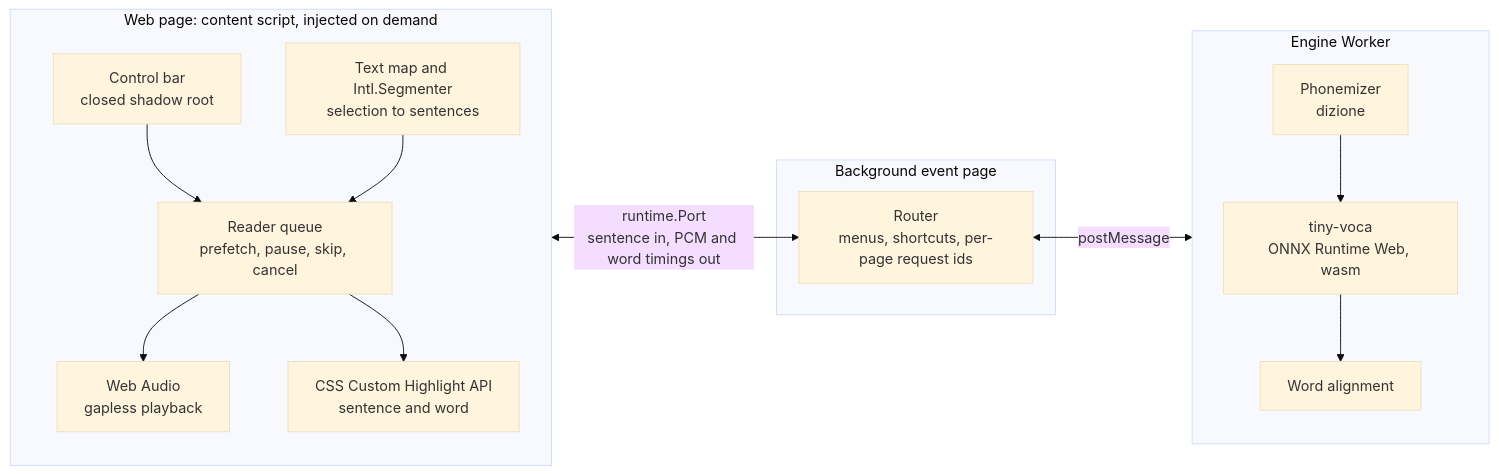
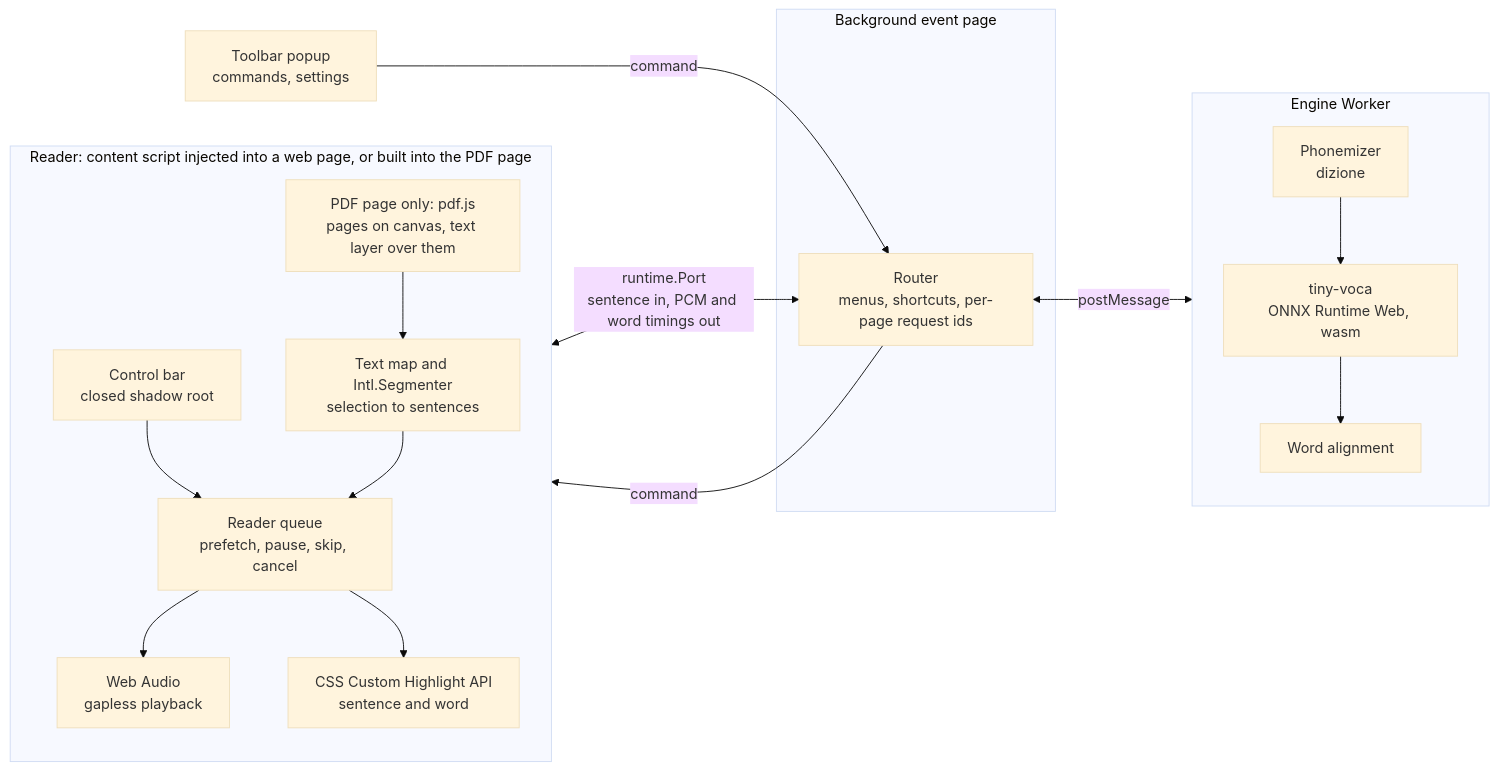
Before and after one commit to GitThisJoel/tiny-reader: the diagram in README.md, drawn with Mermaid (base theme). The commit also changed other lines of this file, not shown here.

Commit message:
docs: show the PDF page and the popup in the architecture

````diff
--- a/README.md
+++ b/README.md
@@ -179,30 +179,36 @@
 ```mermaid
 flowchart LR
-  subgraph page["Web page: content script, injected on demand"]
+  subgraph page["Reader: content script injected into a web page, or built into the PDF page"]
     direction TB
+    pdf["PDF page only: pdf.js<br/>pages on canvas, text layer over them"]
     bar["Control bar<br/>closed shadow root"]
     text["Text map and Intl.Segmenter<br/>selection to sentences"]
+    pdf --> text
     reader["Reader queue<br/>prefetch, pause, skip, cancel"]
     audio["Web Audio<br/>gapless playback"]
     marks["CSS Custom Highlight API<br/>sentence and word"]
     bar --> reader
     text --> reader
     reader --> audio
     reader --> marks
   end
 
   subgraph background["Background event page"]
     router["Router<br/>menus, shortcuts, per-page request ids"]
   end
 
+  popup["Toolbar popup<br/>commands, settings"]
+
   subgraph worker["Engine Worker"]
     direction TB
     phonemizer["Phonemizer<br/>dizione"]
     model["tiny-voca<br/>ONNX Runtime Web, wasm"]
     align["Word alignment"]
     phonemizer --> model --> align
   end
 
   reader <-->|"runtime.Port<br/>sentence in, PCM and word timings out"| router
   router <-->|"postMessage"| worker
+  popup -->|"command"| router
+  router -->|"command"| bar
 ```
````
